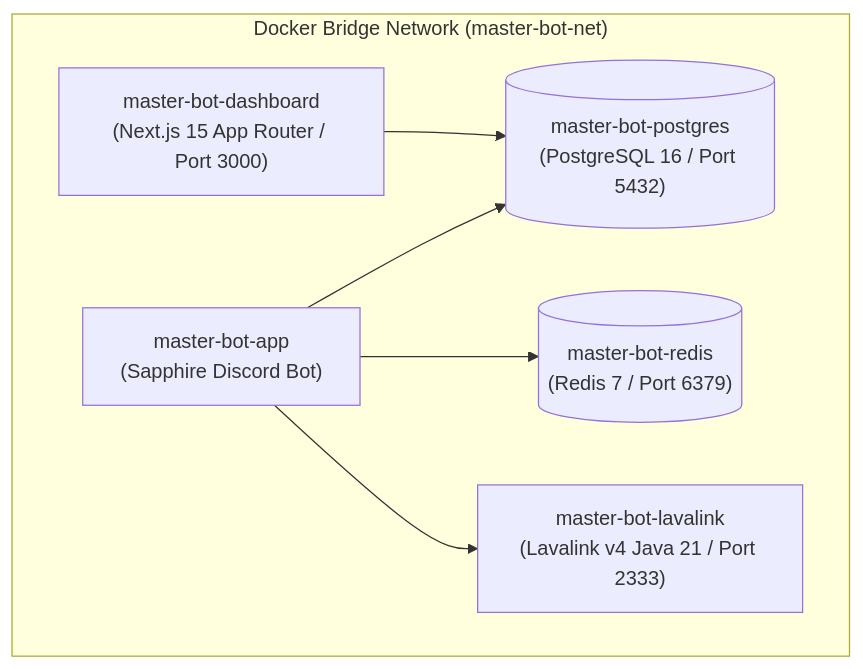
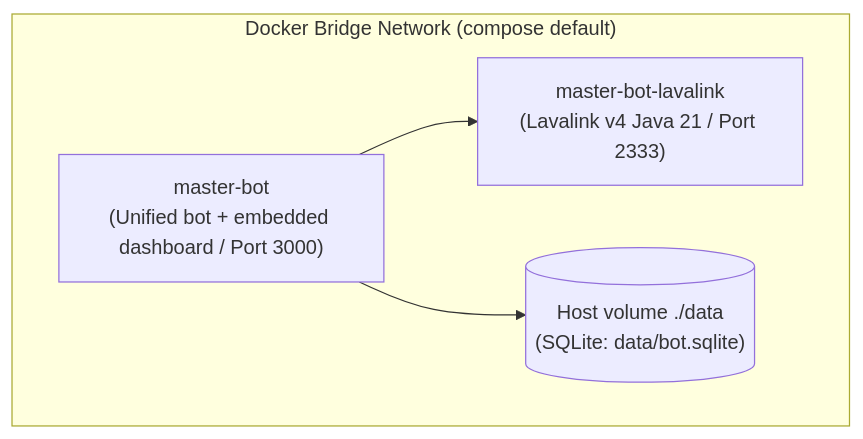
Before and after one commit to PhantomNimbi/Master-Bot: the diagram in wiki/Docker-Deployment.md, drawn with Mermaid. The commit also changed other lines of this file and 31 other files, not shown here.

````diff
--- a/wiki/Docker-Deployment.md
+++ b/wiki/Docker-Deployment.md
@@ -9,15 +9,11 @@
 ```mermaid
 flowchart TD
-    subgraph DockerNetwork["Docker Bridge Network (master-bot-net)"]
-        BotContainer["master-bot-app<br/>(Sapphire Discord Bot)"]
-        DashContainer["master-bot-dashboard<br/>(Next.js 15 App Router / Port 3000)"]
+    subgraph DockerNetwork["Docker Bridge Network (compose default)"]
+        BotContainer["master-bot<br/>(Unified bot + embedded dashboard / Port 3000)"]
         LavaContainer["master-bot-lavalink<br/>(Lavalink v4 Java 21 / Port 2333)"]
-        PostgresContainer[("master-bot-postgres<br/>(PostgreSQL 16 / Port 5432)")]
-        RedisContainer[("master-bot-redis<br/>(Redis 7 / Port 6379)")]
+        Volume[("Host volume ./data<br/>(SQLite: data/bot.sqlite)")]
     end
 
-    DashContainer --> PostgresContainer
-    BotContainer --> PostgresContainer
-    BotContainer --> RedisContainer
     BotContainer --> LavaContainer
+    BotContainer --> Volume
 ```
````
